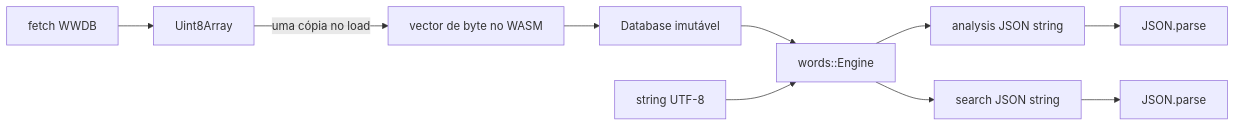
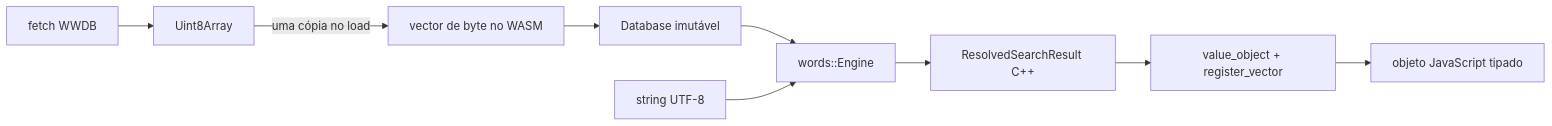
One commit to Fabio3rs/WordsWASM changed the diagram in whitakers-words/docs/webassembly-browser.md. Above: the diagram before and after it, drawn with Mermaid. The commit also changed other lines of this file and 24 other files, not shown here.

Commit message:
Refatoração JSON e search

````diff
--- a/whitakers-words/docs/webassembly-browser.md
+++ b/whitakers-words/docs/webassembly-browser.md
@@ -12,12 +14,11 @@
 ```mermaid
 flowchart LR
     F[fetch WWDB] --> U[Uint8Array]
     U -->|uma cópia no load| V[vector de byte no WASM]
     V --> D[Database imutável]
     D --> E[words::Engine]
     Q[string UTF-8] --> E
-    E --> A[analysis JSON string]
-    E --> S[search JSON string]
-    A --> P1[JSON.parse]
-    S --> P2[JSON.parse]
+    E --> R[ResolvedSearchResult C++]
+    R --> B[value_object + register_vector]
+    B --> J[objeto JavaScript tipado]
 ```
````
